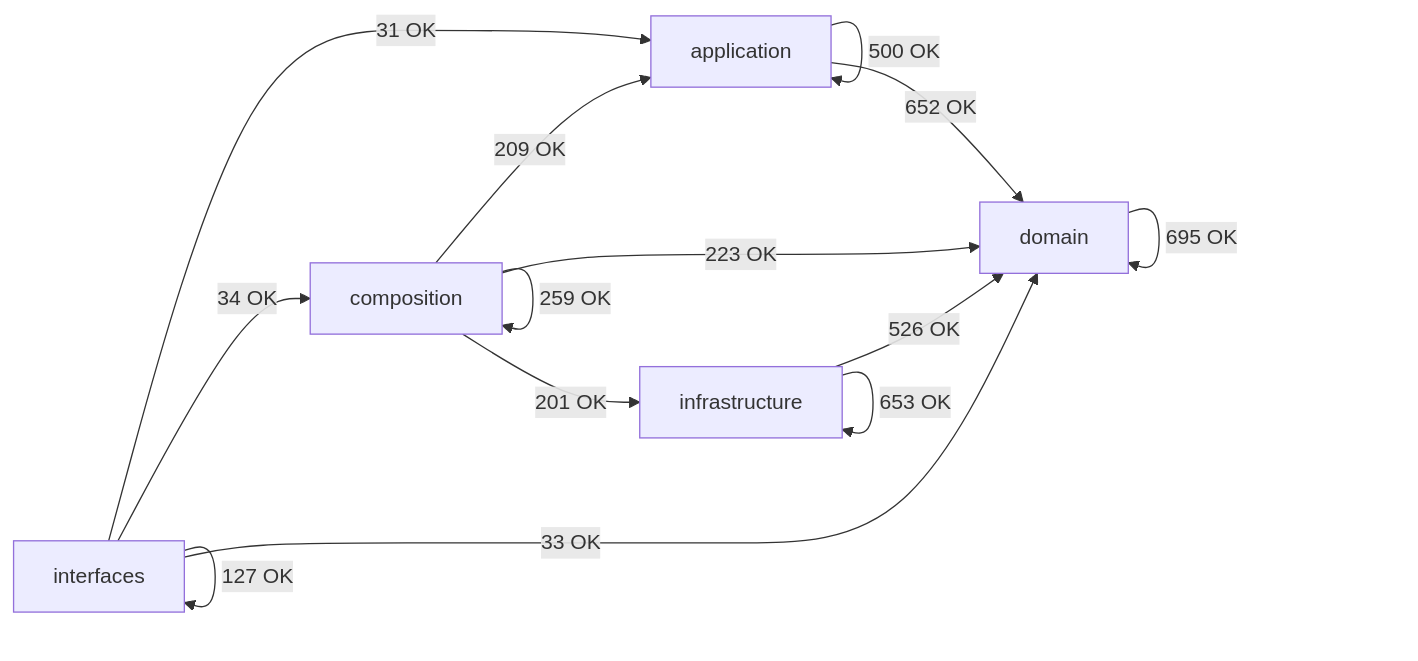
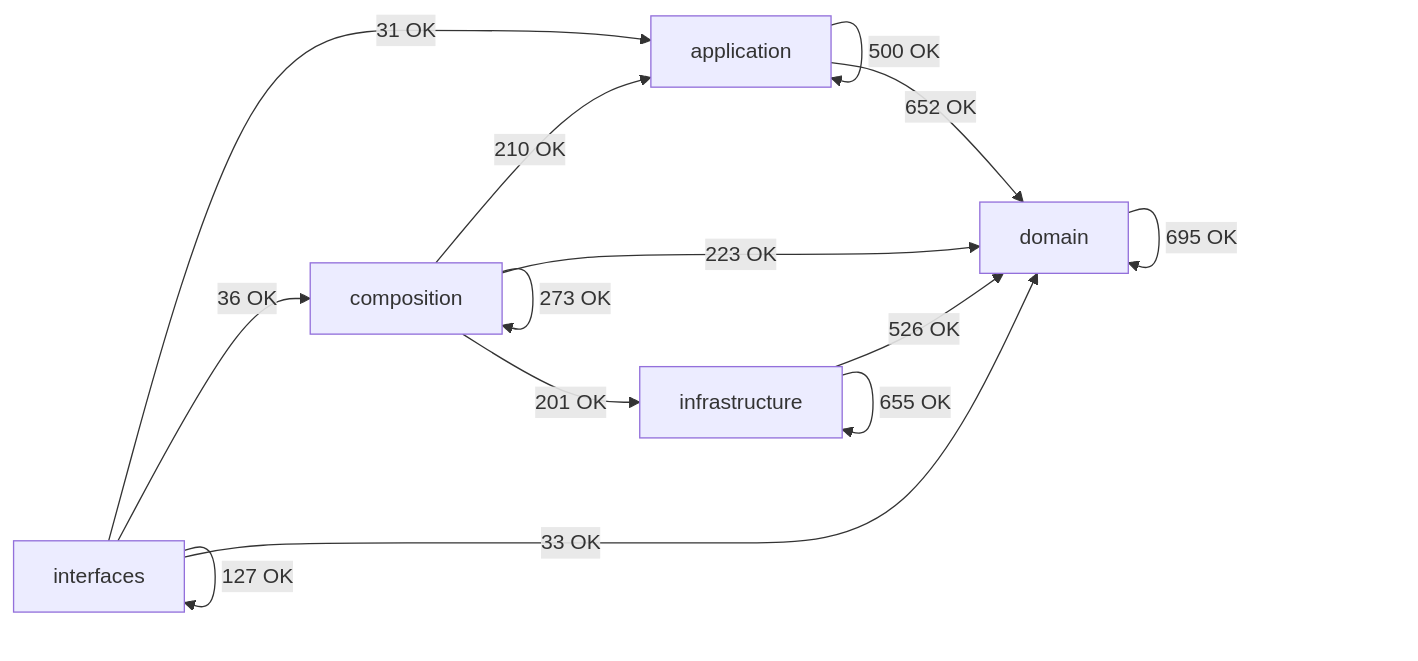
The diagram in docs/02-architecture/generated/module-dependency-map.md (SatoryKono/BioactivityDataAcquisition), drawn with Mermaid before and after one commit. The commit also changed other lines of this file and 64 other files, not shown here.

````diff
--- a/docs/02-architecture/generated/module-dependency-map.md
+++ b/docs/02-architecture/generated/module-dependency-map.md
@@ -16,21 +16,21 @@
 ```mermaid
 flowchart LR
     domain[domain]
     application[application]
     infrastructure[infrastructure]
     composition[composition]
     interfaces[interfaces]
     application -->|500 OK| application
     application -->|652 OK| domain
-    composition -->|209 OK| application
-    composition -->|259 OK| composition
+    composition -->|210 OK| application
+    composition -->|273 OK| composition
     composition -->|223 OK| domain
     composition -->|201 OK| infrastructure
     domain -->|695 OK| domain
     infrastructure -->|526 OK| domain
-    infrastructure -->|653 OK| infrastructure
+    infrastructure -->|655 OK| infrastructure
     interfaces -->|31 OK| application
-    interfaces -->|34 OK| composition
+    interfaces -->|36 OK| composition
     interfaces -->|33 OK| domain
     interfaces -->|127 OK| interfaces
 ```
````
